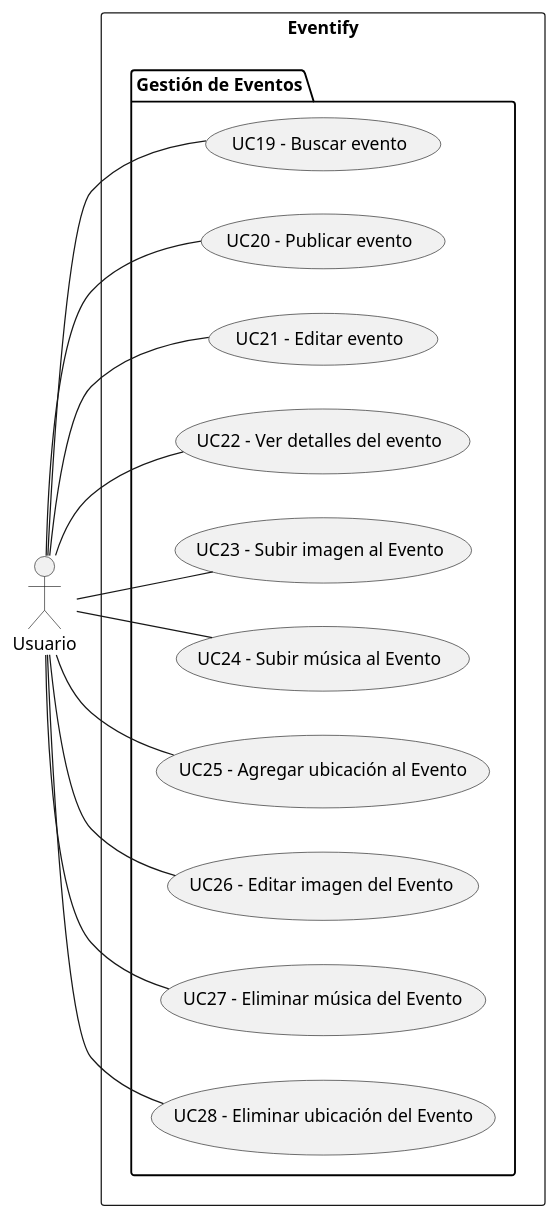
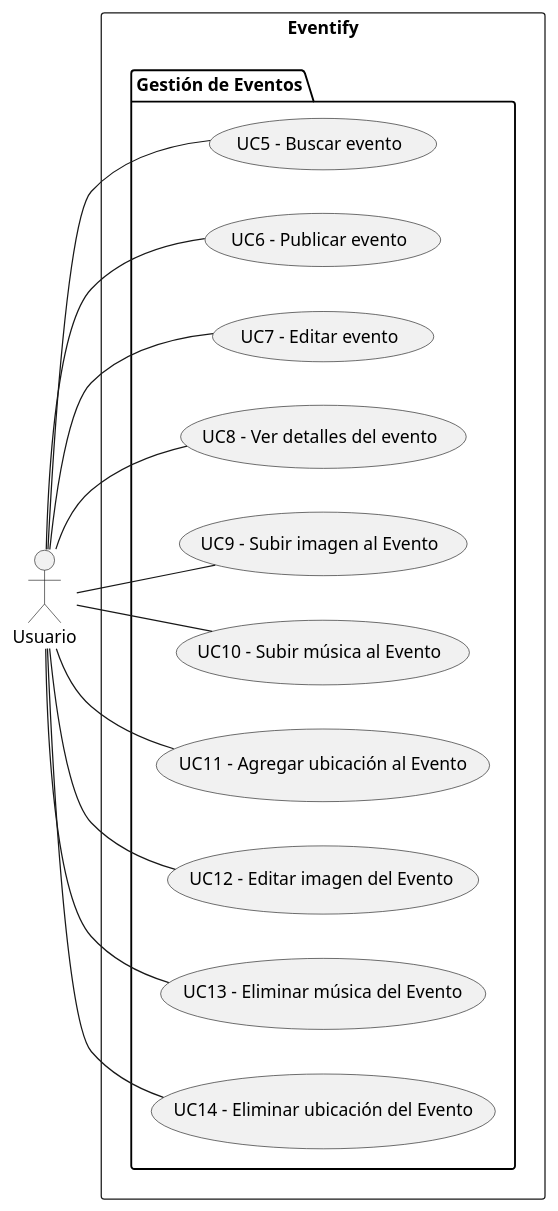
The diagram in Requisitos/Casos de Uso/UseCaseDiagramEventsManagement.plantuml (valeraruggierotesisucv/tesis-frameworks-mobile-diagrams), drawn with PlantUML before and after one commit. The commit also changed 14 other files, not shown here.

Commit message:
Update use case diagrams: renumber and reorganize use case identifiers across event management, social interactions, and user management packages

```diff
--- a/Requisitos/Casos de Uso/UseCaseDiagramEventsManagement.plantuml
+++ b/Requisitos/Casos de Uso/UseCaseDiagramEventsManagement.plantuml
@@ -1,29 +1,29 @@
 @startuml UseCaseDiagramEventsManagement
     left to right direction
     actor "Usuario" as usuario
     rectangle "Eventify" {
         package "Gestión de Eventos" {
-            usecase "UC19 - Buscar evento" as buscarEvento
-            usecase "UC20 - Publicar evento" as publicarEvento
-            usecase "UC21 - Editar evento" as editarEvento
-            usecase "UC22 - Ver detalles del evento" as verDetallesEvento
-            usecase "UC23 - Subir imagen al Evento" as subirImagenEvento
-            usecase "UC24 - Subir música al Evento" as subirMusicaEvento
-            usecase "UC25 - Agregar ubicación al Evento" as agregarUbicacionEvento
-            usecase "UC26 - Editar imagen del Evento" as eliminarImagenEvento
-            usecase "UC27 - Eliminar música del Evento" as editarMusicaEvento
-            usecase "UC28 - Eliminar ubicación del Evento" as editarUbicacionEvento
+            usecase "UC5 - Buscar evento" as buscarEvento
+            usecase "UC6 - Publicar evento" as publicarEvento
+            usecase "UC7 - Editar evento" as editarEvento
+            usecase "UC8 - Ver detalles del evento" as verDetallesEvento
+            usecase "UC9 - Subir imagen al Evento" as subirImagenEvento
+            usecase "UC10 - Subir música al Evento" as subirMusicaEvento
+            usecase "UC11 - Agregar ubicación al Evento" as agregarUbicacionEvento
+            usecase "UC12 - Editar imagen del Evento" as eliminarImagenEvento
+            usecase "UC13 - Eliminar música del Evento" as editarMusicaEvento
+            usecase "UC14 - Eliminar ubicación del Evento" as editarUbicacionEvento
         }
     }
 
     usuario -- buscarEvento
     usuario -- publicarEvento
     usuario -- editarEvento
     usuario -- verDetallesEvento
     usuario -- subirImagenEvento
     usuario -- subirMusicaEvento
     usuario -- agregarUbicacionEvento
     usuario -- eliminarImagenEvento
     usuario -- editarMusicaEvento
     usuario -- editarUbicacionEvento
 @enduml
```
